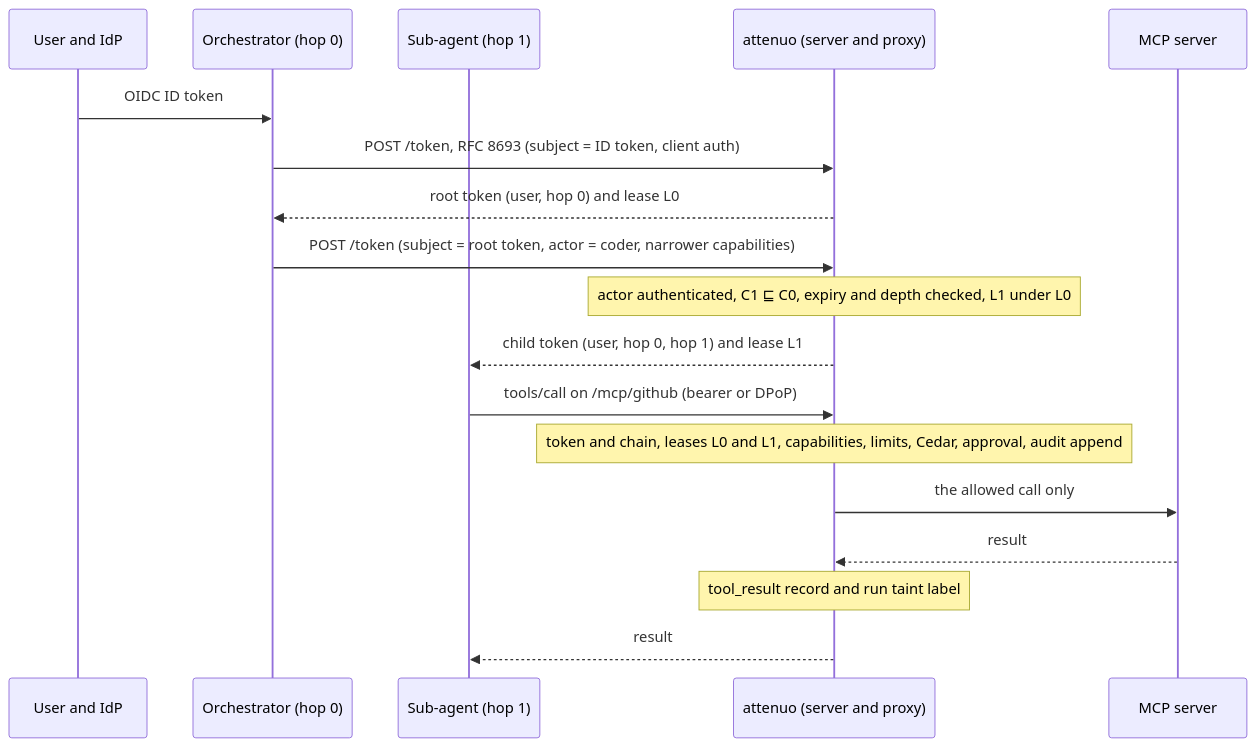
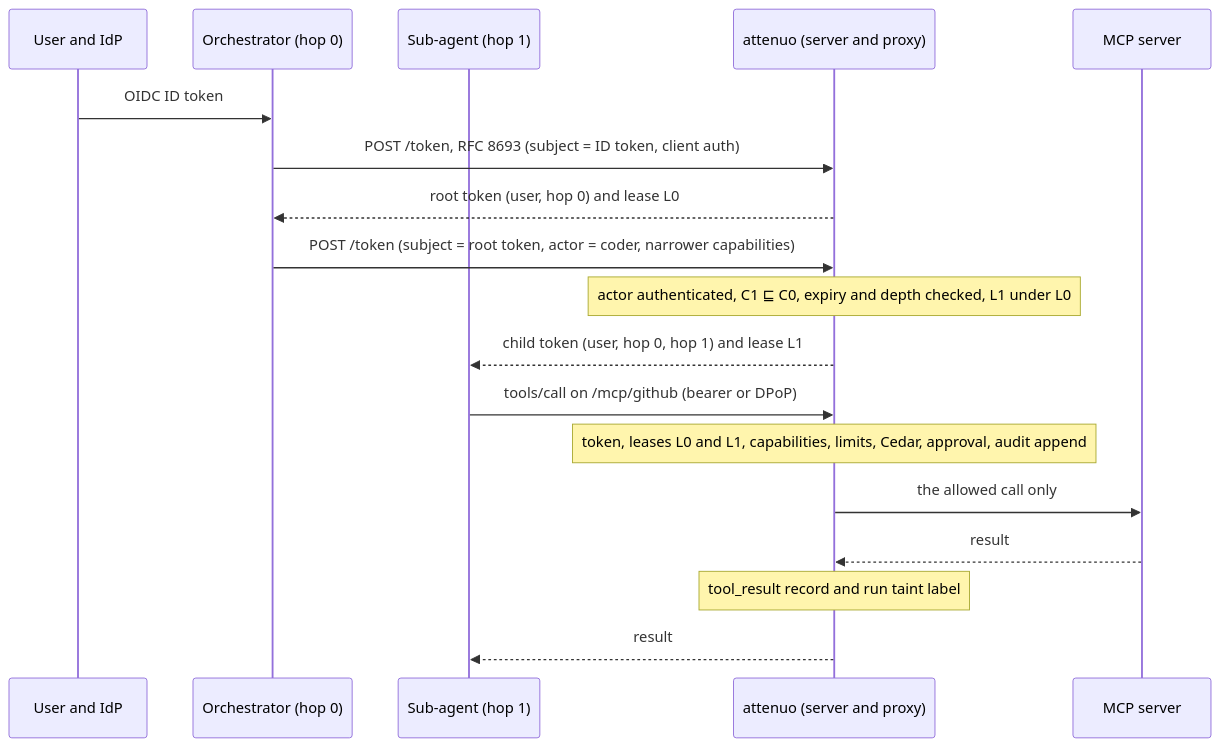
The diagram in docs/report/attenuo-2026-11.md (attenuo-dev/attenuo), drawn with Mermaid before and after one commit. The commit also changed 2 other files, not shown here.

Commit message:
docs(report): PDF links to other docs point at the repository; figure note fits the page
The relative links (../research/...) resolved only on the machine that
built the PDF. A small pandoc Lua filter in build.sh rewrites them to
the GitHub blob URLs other docs already use; the Markdown keeps relative
links for the mdBook site. A Note line of the Mermaid source wrapped in
the PDF and is shortened.

````diff
--- a/docs/report/attenuo-2026-11.md
+++ b/docs/report/attenuo-2026-11.md
@@ -145,20 +145,20 @@
 ```mermaid
 sequenceDiagram
     participant U as User and IdP
     participant O as Orchestrator (hop 0)
     participant C as Sub-agent (hop 1)
     participant A as attenuo (server and proxy)
     participant M as MCP server
     U->>O: OIDC ID token
     O->>A: POST /token, RFC 8693 (subject = ID token, client auth)
     A-->>O: root token (user, hop 0) and lease L0
     O->>A: POST /token (subject = root token, actor = coder, narrower capabilities)
     Note over A: actor authenticated, C1 ⊑ C0, expiry and depth checked, L1 under L0
     A-->>C: child token (user, hop 0, hop 1) and lease L1
     C->>A: tools/call on /mcp/github (bearer or DPoP)
-    Note over A: token and chain, leases L0 and L1, capabilities, limits, Cedar, approval, audit append
+    Note over A: token, leases L0 and L1, capabilities, limits, Cedar, approval, audit append
     A->>M: the allowed call only
     M-->>A: result
     Note over A: tool_result record and run taint label
     A-->>C: result
 ```
````
